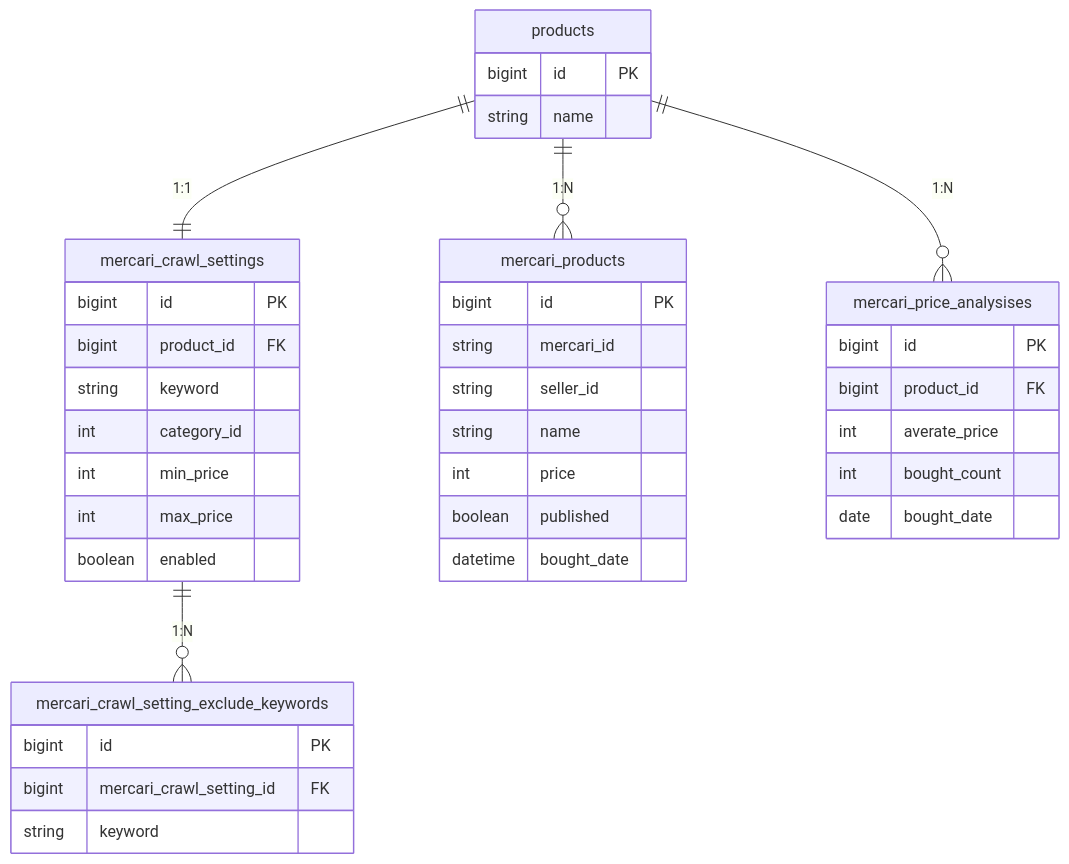
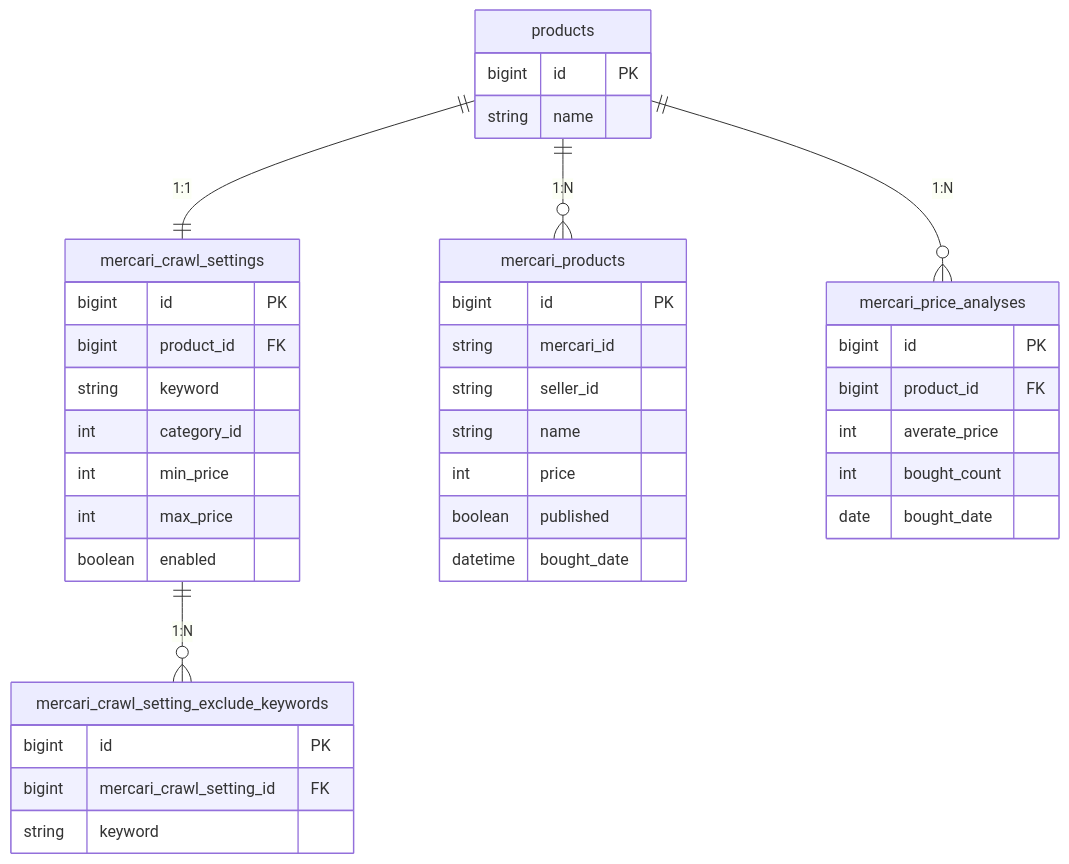
Before and after one commit to kuroweb/price-monitoring: the third of 4 diagrams in README.md, drawn with Mermaid. The commit also changed other lines of this file, not shown here.

````diff
--- a/README.md
+++ b/README.md
@@ -123,42 +123,42 @@
 ```mermaid
 erDiagram
   products {
     bigint id PK
     string name
   }
   mercari_crawl_settings {
     bigint id PK
     bigint product_id FK
     string keyword
     int category_id
     int min_price
     int max_price
     boolean enabled
   }
   mercari_crawl_setting_exclude_keywords {
     bigint id PK
     bigint mercari_crawl_setting_id FK
     string keyword
   }
   mercari_products {
     bigint id PK
     string mercari_id
     string seller_id
     string name
     int price
     boolean published
     datetime bought_date
   }
-  mercari_price_analysises {
+  mercari_price_analyses {
     bigint id PK
     bigint product_id FK
     int averate_price
     int bought_count
     date bought_date
   }
 
   products ||--|| mercari_crawl_settings : "1:1"
   mercari_crawl_settings ||--o{ mercari_crawl_setting_exclude_keywords : "1:N"
   products ||--o{ mercari_products : "1:N"
-  products ||--o{ mercari_price_analysises : "1:N"
+  products ||--o{ mercari_price_analyses : "1:N"
 ```
````
